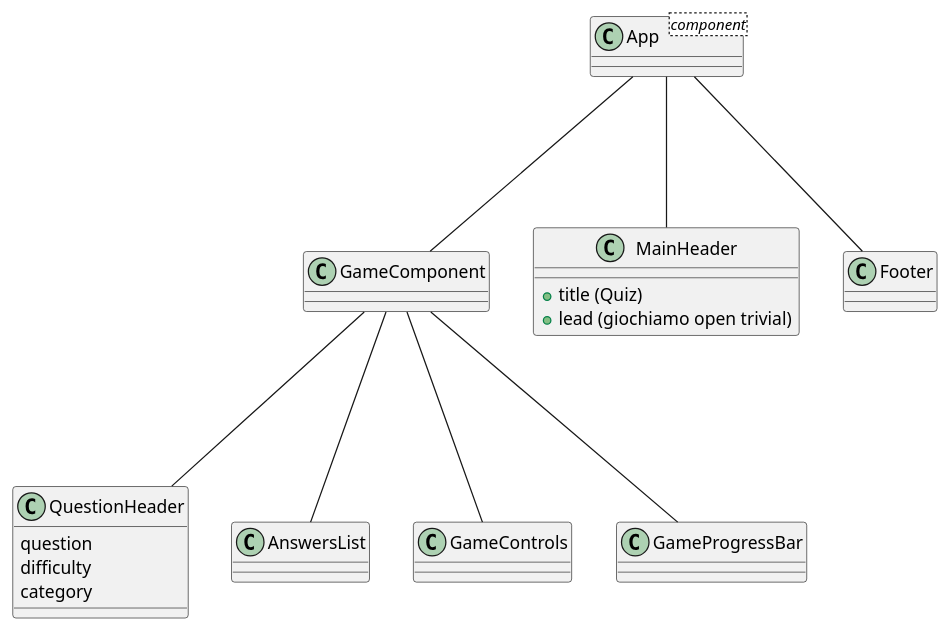
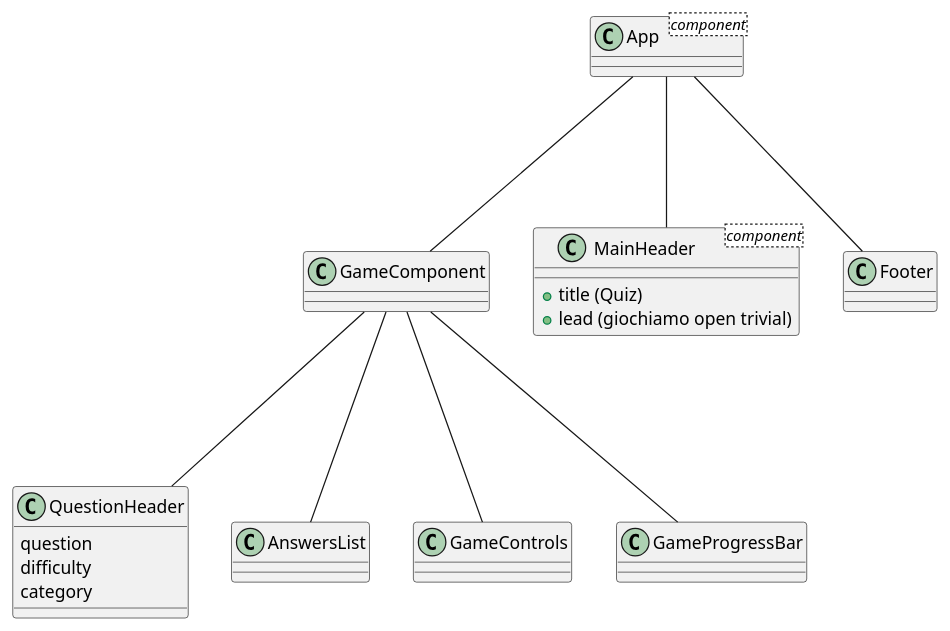
One commit to corsidrive/quiz_layout_and_project changed the diagram in angular_quiz.component.puml. Above: the diagram before and after it, drawn with PlantUML. The commit also changed 2 other files, not shown here.

```diff
--- a/angular_quiz.component.puml
+++ b/angular_quiz.component.puml
@@ -1,23 +1,23 @@
 @startuml
 
   App --- GameComponent
   App --- MainHeader
   App --- Footer
 
   GameComponent --- QuestionHeader 
   GameComponent --- AnswersList
   GameComponent --- GameControls
   GameComponent --- GameProgressBar
 
   class App <component> {}
-  class MainHeader {
+  class MainHeader <component>{
     +title (Quiz)
     +lead (giochiamo open trivial)
   }
 
   class QuestionHeader {
     question
     difficulty
     category
   }
 @enduml
```
